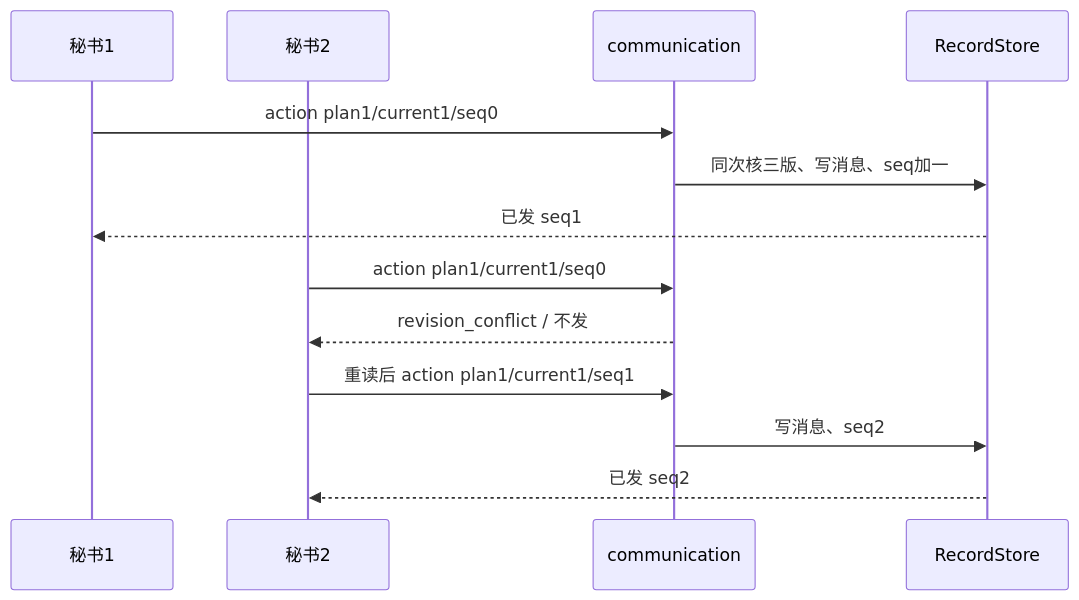
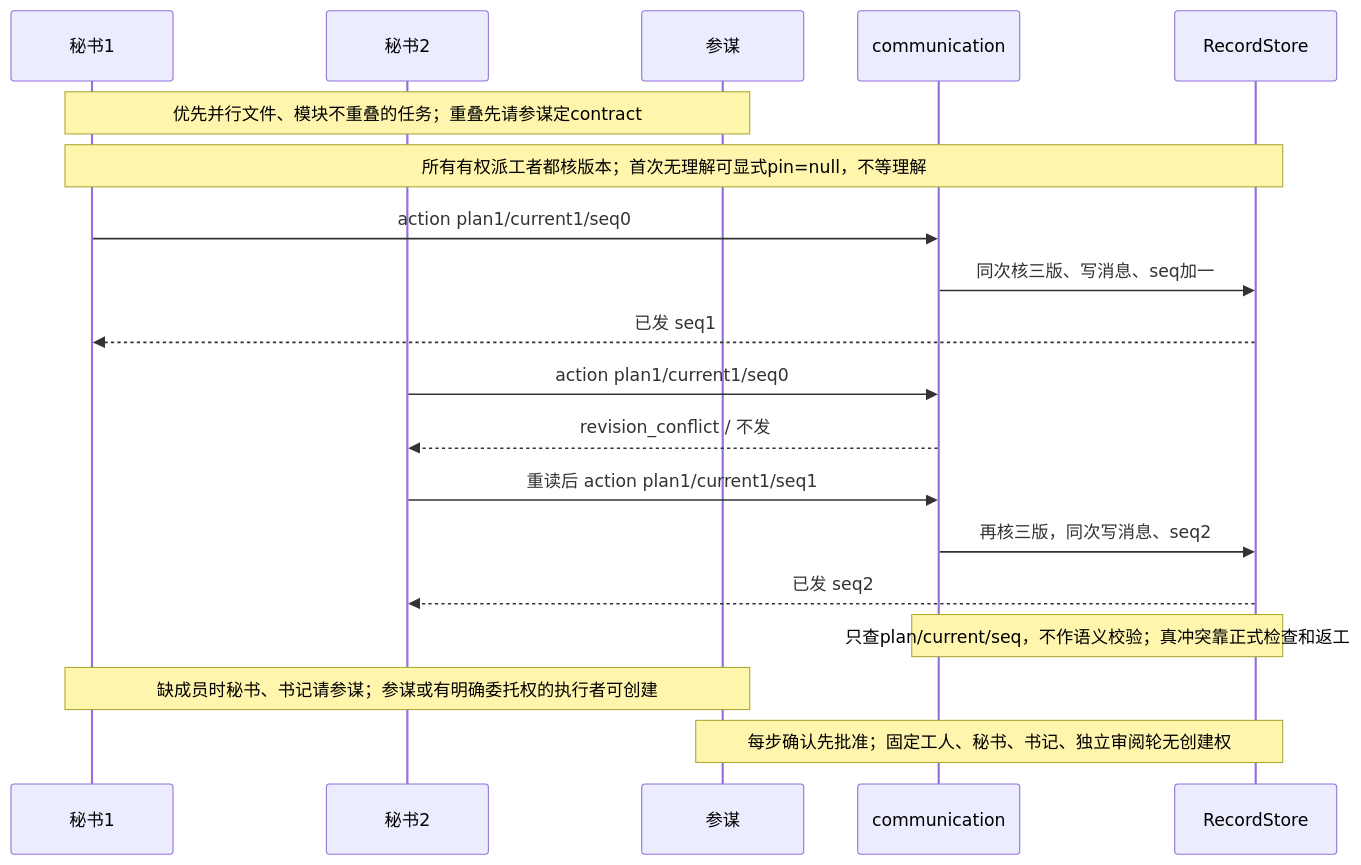
Diagram 12 of 24 in docs/refactor/design/orchestration-2026-10/model/DIAGRAMS.md (hk865/coding-platform), drawn with Mermaid before and after one commit. The commit also changed other lines of this file and 1 other file, not shown here.

First line of the commit message:
docs: freeze the wiring-2 spec (U1 = 甲, L10–L12, test-driven section 5) and bring DIAGRAMS up to decisions 42–49

````diff
--- a/docs/refactor/design/orchestration-2026-10/model/DIAGRAMS.md
+++ b/docs/refactor/design/orchestration-2026-10/model/DIAGRAMS.md
@@ -298,15 +470,21 @@
 ```mermaid
 sequenceDiagram
   participant S1 as 秘书1
   participant S2 as 秘书2
+  participant A as 参谋
   participant C as communication
   participant R as RecordStore
+  Note over S1,A: 优先并行文件、模块不重叠的任务；重叠先请参谋定contract
+  Note over S1,R: 所有有权派工者都核版本；首次无理解可显式pin=null，不等理解
   S1->>C: action plan1/current1/seq0
   C->>R: 同次核三版、写消息、seq加一
   R-->>S1: 已发 seq1
   S2->>C: action plan1/current1/seq0
   C-->>S2: revision_conflict / 不发
   S2->>C: 重读后 action plan1/current1/seq1
-  C->>R: 写消息、seq2
+  C->>R: 再核三版，同次写消息、seq2
   R-->>S2: 已发 seq2
+  Note over C,R: 只查plan/current/seq，不作语义校验；真冲突靠正式检查和返工
+  Note over S1,A: 缺成员时秘书、书记请参谋；参谋或有明确委托权的执行者可创建
+  Note over A,R: 每步确认先批准；固定工人、秘书、书记、独立审阅轮无创建权
 ```
````
